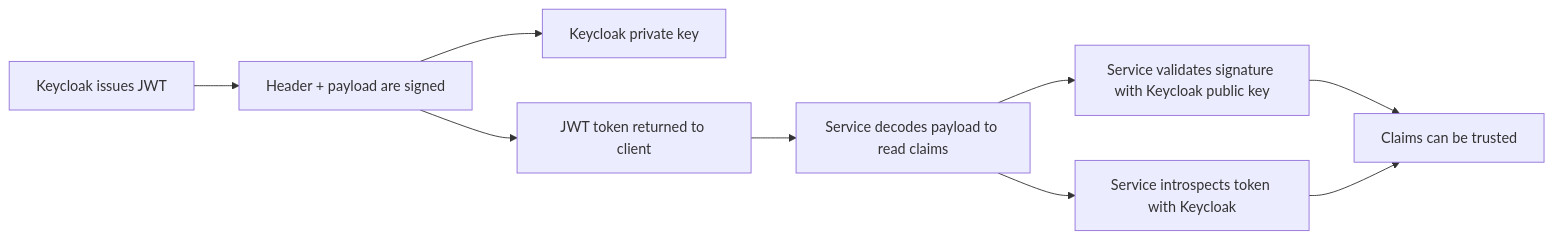
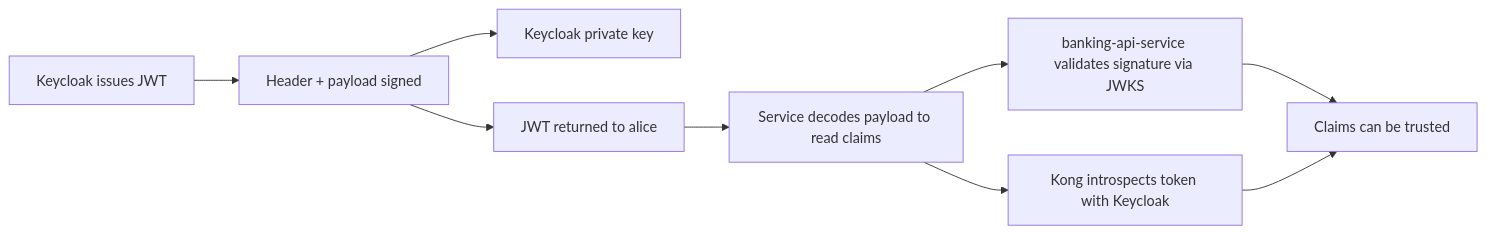
The first of 3 diagrams in docs/11-jwt-signature-validation.md (geekchow/micro-service-auth), drawn with Mermaid before and after one commit. The commit also changed other lines of this file, not shown here.

````diff
--- a/docs/11-jwt-signature-validation.md
+++ b/docs/11-jwt-signature-validation.md
@@ -77,11 +77,11 @@
 ```mermaid
 flowchart LR
-    A[Keycloak issues JWT] --> B[Header + payload are signed]
+    A[Keycloak issues JWT] --> B[Header + payload signed]
     B --> C[Keycloak private key]
-    B --> D[JWT token returned to client]
+    B --> D[JWT returned to alice]
     D --> E[Service decodes payload to read claims]
-    E --> F[Service validates signature with Keycloak public key]
-    E --> G[Service introspects token with Keycloak]
+    E --> F[banking-api-service validates signature via JWKS]
+    E --> G[Kong introspects token with Keycloak]
     F --> H[Claims can be trusted]
     G --> H
 ```
````
